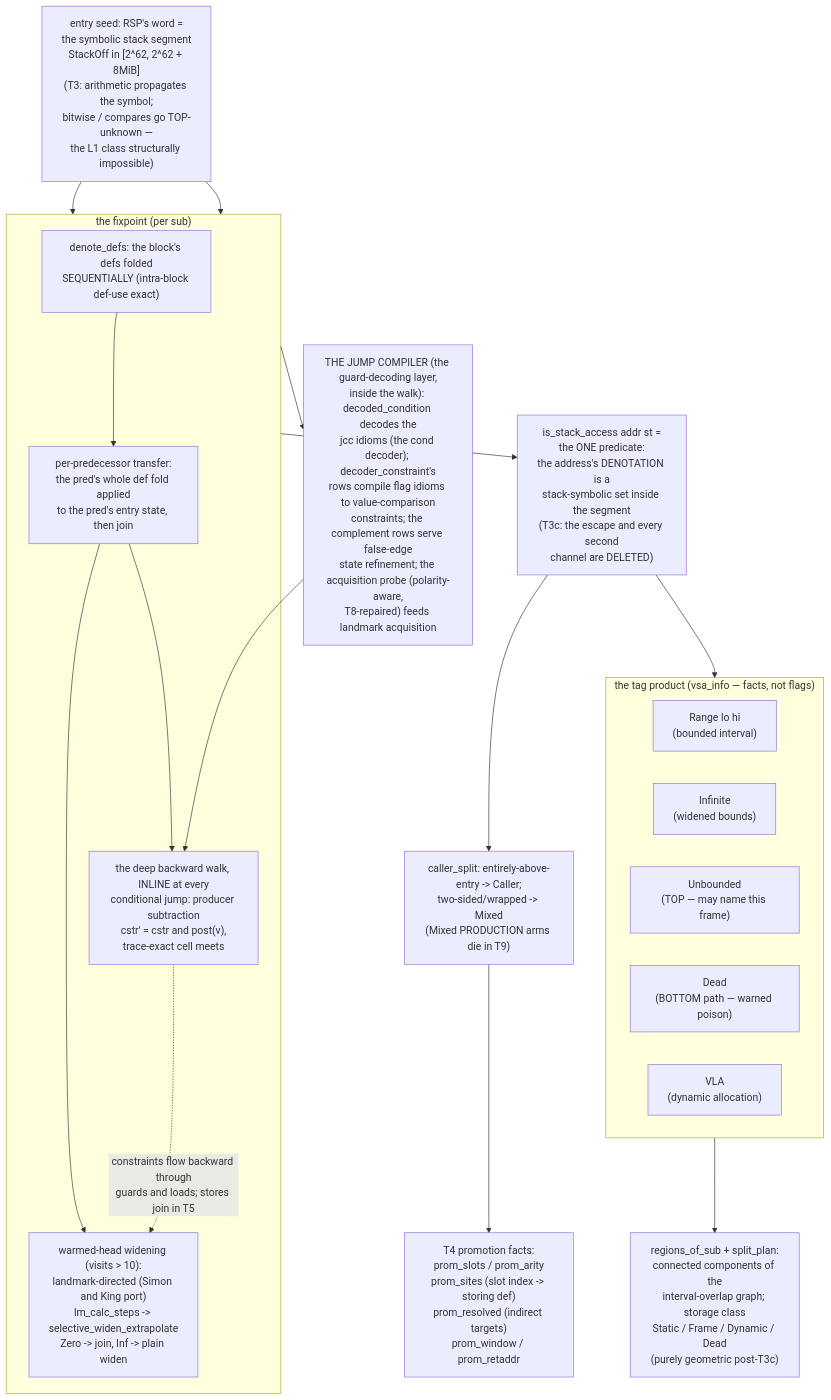
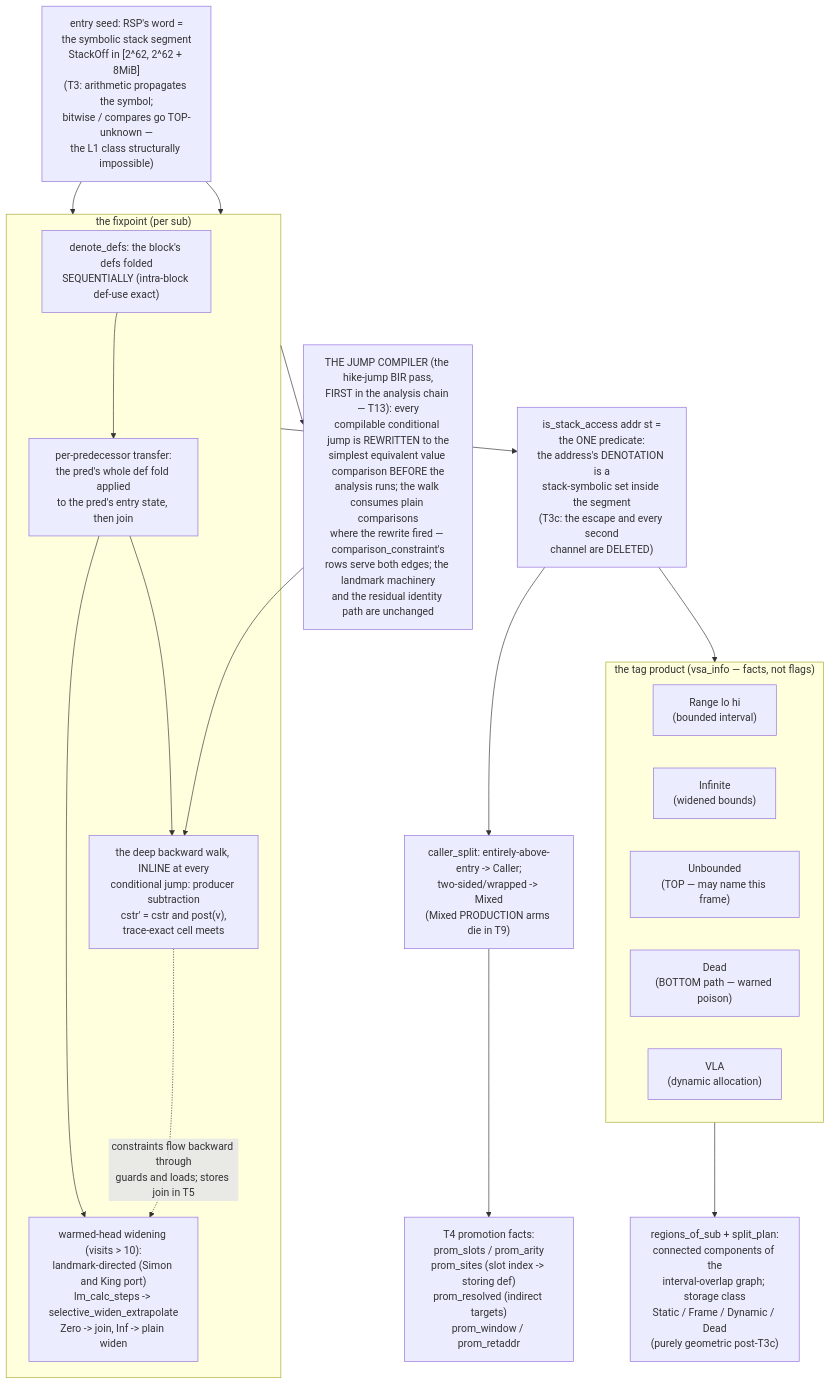
The second of 6 diagrams in docs/architecture-map.md (Angs12/hike), drawn with Mermaid before and after one commit. The commit also changed other lines of this file and 5 other files, not shown here.

Commit message:
t13: the wire-up — the pass registered (first-in-chain) + the and/test family (OF:=0) with 9 pins; the VSA-removal phase measured NOT precision-neutral (17/37 strict -O0 with the decoding deleted) and REVERTED per the owner's stop condition; verdict + census (362/363 compiled) + optimizability rows

````diff
--- a/docs/architecture-map.md
+++ b/docs/architecture-map.md
@@ -48,38 +48,38 @@
 ```mermaid
 flowchart TB
     SEED["entry seed: RSP's word =<br/>the symbolic stack segment<br/>StackOff in [2^62, 2^62 + 8MiB]<br/>(T3: arithmetic propagates the symbol;<br/>bitwise / compares go TOP-unknown —<br/>the L1 class structurally impossible)"]
 
     subgraph FIXP["the fixpoint (per sub)"]
         DD["denote_defs: the block's defs folded<br/>SEQUENTIALLY (intra-block def-use exact)"]
         PRED["per-predecessor transfer:<br/>the pred's whole def fold applied<br/>to the pred's entry state, then join"]
         WIDE["warmed-head widening (visits > 10):<br/>landmark-directed (Simon and King port)<br/>lm_calc_steps -> selective_widen_extrapolate<br/>Zero -> join, Inf -> plain widen"]
         DEEP["the deep backward walk, INLINE at every<br/>conditional jump: producer subtraction<br/>cstr' = cstr and post(v),<br/>trace-exact cell meets"]
         DD --> PRED --> WIDE
         PRED --> DEEP
     end
 
-    JUMPC["THE JUMP COMPILER (the guard-decoding layer,<br/>inside the walk): decoded_condition decodes the<br/>jcc idioms (the cond decoder); decoder_constraint's<br/>rows compile flag idioms to value-comparison<br/>constraints; the complement rows serve false-edge<br/>state refinement; the acquisition probe (polarity-aware,<br/>T8-repaired) feeds landmark acquisition"]
+    JUMPC["THE JUMP COMPILER (the hike-jump BIR pass,<br/>FIRST in the analysis chain — T13): every<br/>compilable conditional jump is REWRITTEN to the<br/>simplest equivalent value comparison BEFORE the<br/>analysis runs; the walk consumes plain comparisons<br/>where the rewrite fired — comparison_constraint's<br/>rows serve both edges; the landmark machinery<br/>and the residual identity path are unchanged"]
     JUMPC --> DEEP
 
     PRED2["is_stack_access addr st =<br/>the ONE predicate:<br/>the address's DENOTATION is a<br/>stack-symbolic set inside the segment<br/>(T3c: the escape and every second<br/>channel are DELETED)"]
 
     subgraph TAGS["the tag product (vsa_info — facts, not flags)"]
         R["Range lo hi<br/>(bounded interval)"]
         I["Infinite<br/>(widened bounds)"]
         U["Unbounded<br/>(TOP — may name this frame)"]
         D["Dead<br/>(BOTTOM path — warned poison)"]
         V["VLA<br/>(dynamic allocation)"]
     end
 
     CS["caller_split: entirely-above-entry -> Caller;<br/>two-sided/wrapped -> Mixed<br/>(Mixed PRODUCTION arms die in T9)"]
 
     PROM["T4 promotion facts:<br/>prom_slots / prom_arity<br/>prom_sites (slot index -> storing def)<br/>prom_resolved (indirect targets)<br/>prom_window / prom_retaddr"]
 
     SPLIT["regions_of_sub + split_plan:<br/>connected components of the<br/>interval-overlap graph; storage class<br/>Static / Frame / Dynamic / Dead<br/>(purely geometric post-T3c)"]
 
     SEED --> FIXP --> JUMPC
     SEED --> FIXP --> PRED2 --> TAGS
     PRED2 --> CS --> PROM
     TAGS --> SPLIT
     DEEP -. "constraints flow backward through<br/>guards and loads; stores join in T5" .-> WIDE
 ```
````
